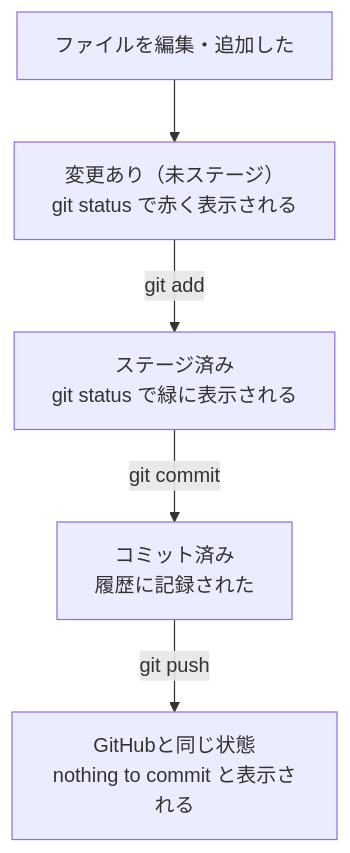
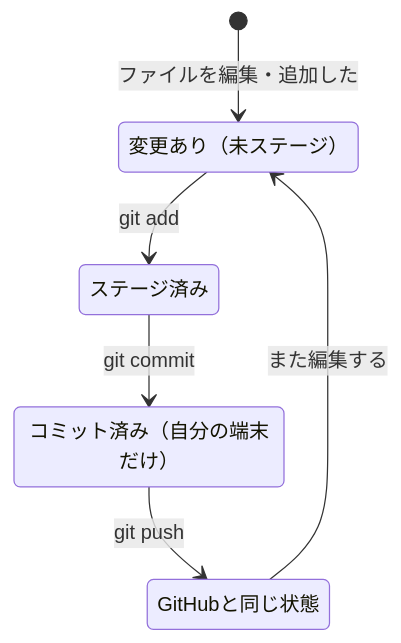
Before and after one commit to yusukem99/thesis: the sixth of 21 diagrams in courses/開発環境.md, drawn with Mermaid. The commit also changed other lines of this file, not shown here.

First line of the commit message:
開発環境の教材の図を用途に応じた種類に変更しcompose解説を整理

````diff
--- a/courses/開発環境.md
+++ b/courses/開発環境.md
@@ -181,7 +181,13 @@
 ```mermaid
-flowchart TD
-    F["ファイルを編集・追加した"] --> U["変更あり（未ステージ）<br/>git status で赤く表示される"]
-    U -- "git add" --> G["ステージ済み<br/>git status で緑に表示される"]
-    G -- "git commit" --> D["コミット済み<br/>履歴に記録された"]
-    D -- "git push" --> P["GitHubと同じ状態<br/>nothing to commit と表示される"]
+stateDiagram-v2
+    [*] --> Modified: ファイルを編集・追加した
+    Modified --> Staged: git add
+    Staged --> Committed: git commit
+    Committed --> Pushed: git push
+    Pushed --> Modified: また編集する
+
+    Modified: 変更あり（未ステージ）
+    Staged: ステージ済み
+    Committed: コミット済み（自分の端末だけ）
+    Pushed: GitHubと同じ状態
 ```
````
